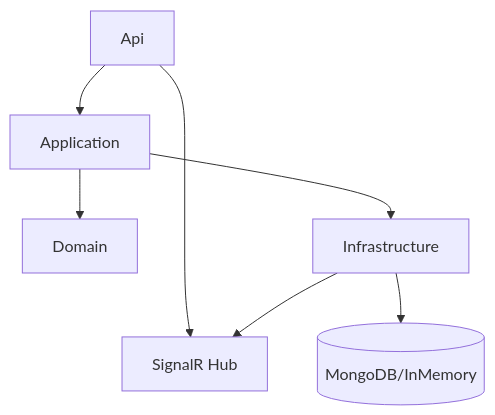
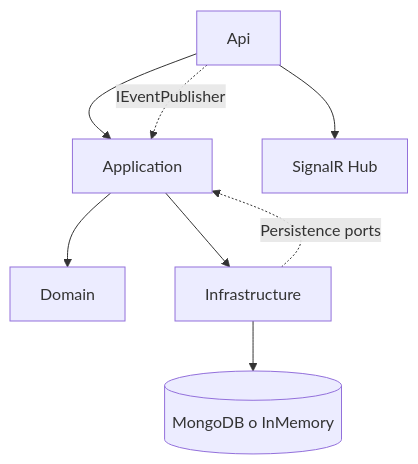
Before and after one commit to MarcSastreViB/pocker: the fifth of 6 diagrams in ROADMAP.md, drawn with Mermaid. The commit also changed other lines of this file, not shown here.

First line of the commit message:
Actualizar ROADMAP con revisiones y detalles adicionales

````diff
--- a/ROADMAP.md
+++ b/ROADMAP.md
@@ -271,9 +306,16 @@
 ```mermaid
 graph TD
   A[Api] --> B[Application]
   B --> C[Domain]
   B --> D[Infrastructure]
+
+  %% Hosting y realtime
   A --> E[SignalR Hub]
-  D --> E
-  D --> F[(MongoDB/InMemory)]
+
+  %% Puertos implementados
+  D -.->|Persistence ports| B
+  A -.->|IEventPublisher| B
+
+  %% Almacenamiento
+  D --> F[(MongoDB o InMemory)]
 ```
````
